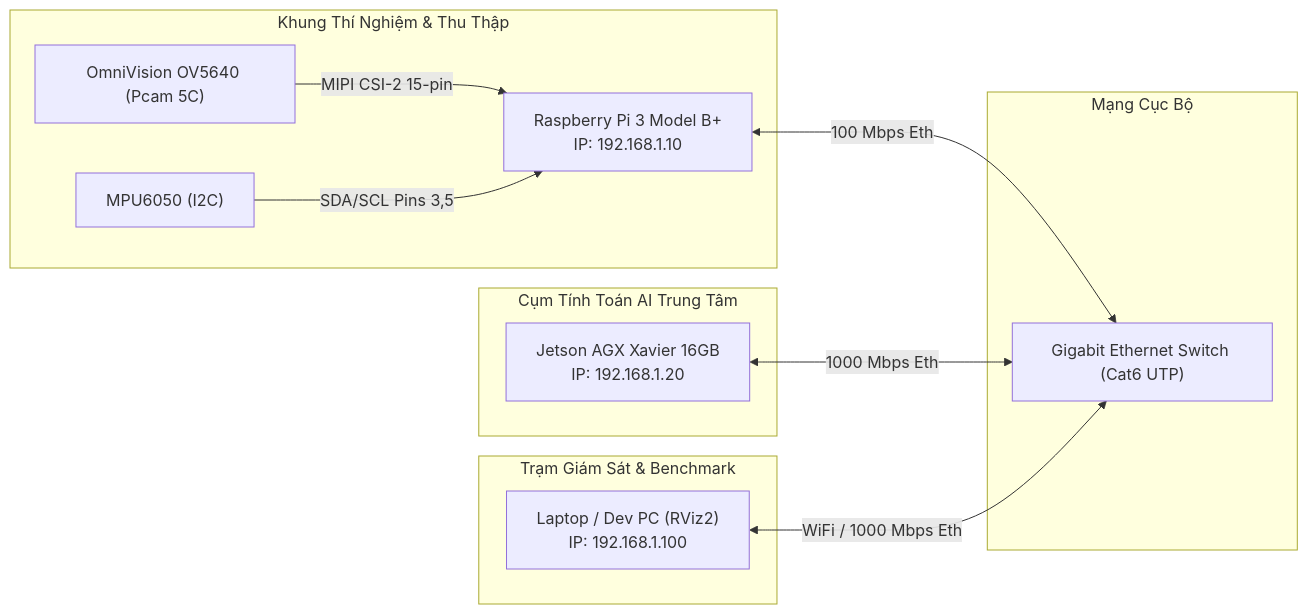
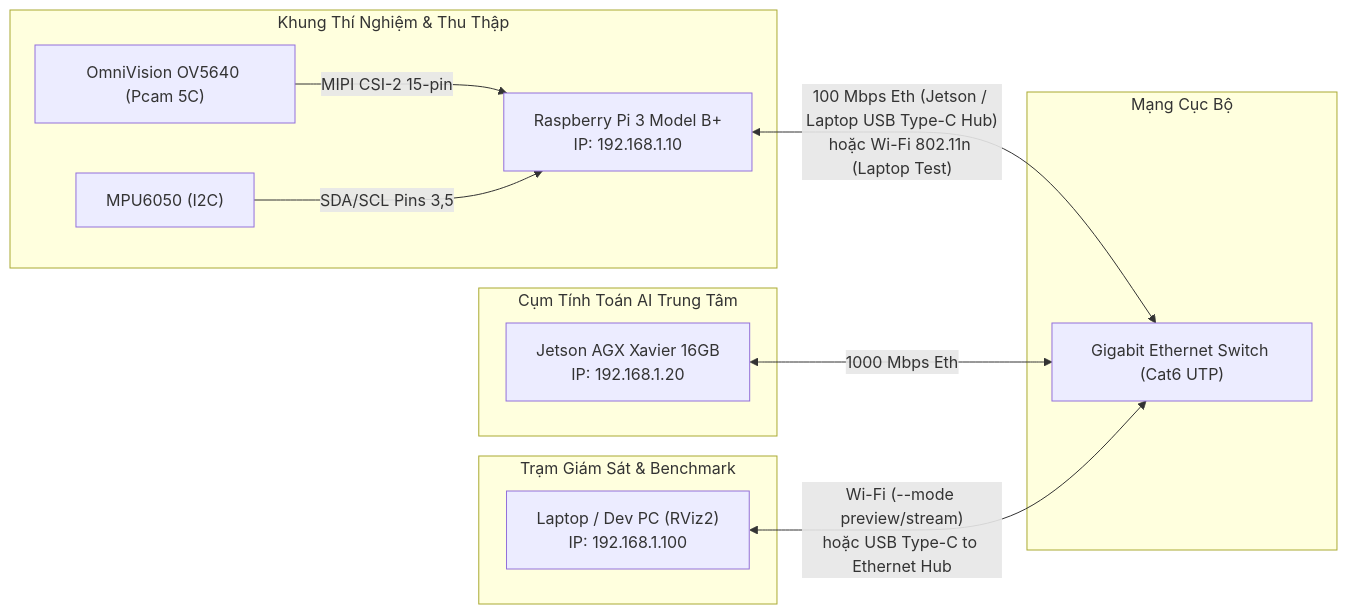
Before and after one commit to phamvantienkiz/monocular-spatial-vision: the diagram in docs/architecture/04-deployment-architecture.md, drawn with Mermaid. The commit also changed other lines of this file and 28 other files, not shown here.

````diff
--- a/docs/architecture/04-deployment-architecture.md
+++ b/docs/architecture/04-deployment-architecture.md
@@ -10,23 +10,23 @@
 ```mermaid
 flowchart LR
     subgraph RIG["Khung Thí Nghiệm & Thu Thập"]
         OV["OmniVision OV5640 (Pcam 5C)"] -->|MIPI CSI-2 15-pin| PI3["Raspberry Pi 3 Model B+<br/>IP: 192.168.1.10"]
         MPU["MPU6050 (I2C)"] -->|SDA/SCL Pins 3,5| PI3
     end
 
     subgraph NETWORK["Mạng Cục Bộ"]
         SW["Gigabit Ethernet Switch (Cat6 UTP)"]
     end
 
     subgraph BRAIN["Cụm Tính Toán AI Trung Tâm"]
         JET["Jetson AGX Xavier 16GB<br/>IP: 192.168.1.20"]
     end
 
     subgraph MON["Trạm Giám Sát & Benchmark"]
         PC["Laptop / Dev PC (RViz2)<br/>IP: 192.168.1.100"]
     end
 
-    PI3 <-->|100 Mbps Eth| SW
+    PI3 <-->|"100 Mbps Eth (Jetson / Laptop USB Type-C Hub)\nhoặc Wi-Fi 802.11n (Laptop Test)"| SW
     JET <-->|1000 Mbps Eth| SW
-    PC <-->|WiFi / 1000 Mbps Eth| SW
+    PC <-->|"Wi-Fi (--mode preview/stream)\nhoặc USB Type-C to Ethernet Hub"| SW
 ```
````
